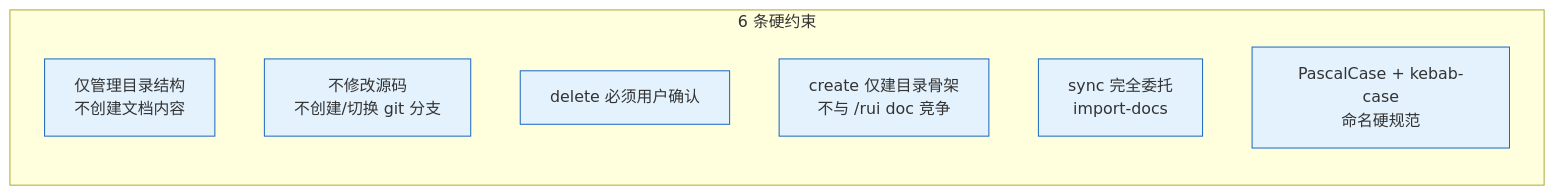
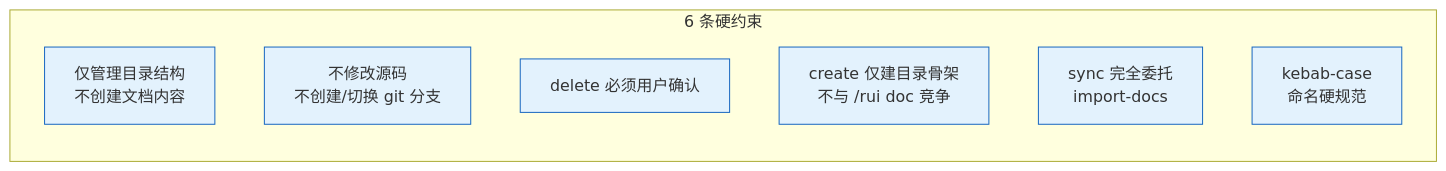
Before and after one commit to effiy/YrY: diagram 11 of 13 in skills/rui-story/SKILL.md, drawn with Mermaid. The commit also changed other lines of this file and 22 other files, not shown here.

````diff
--- a/skills/rui-story/SKILL.md
+++ b/skills/rui-story/SKILL.md
@@ -287,13 +284,13 @@
 ```mermaid
 flowchart LR
     subgraph 规则["6 条硬约束"]
         R1["仅管理目录结构<br/>不创建文档内容"]:::rule
         R2["不修改源码<br/>不创建/切换 git 分支"]:::rule
         R3["delete 必须用户确认"]:::rule
         R4["create 仅建目录骨架<br/>不与 /rui doc 竞争"]:::rule
         R5["sync 完全委托<br/>import-docs"]:::rule
-        R6["PascalCase + kebab-case<br/>命名硬规范"]:::rule
+        R6["kebab-case<br/>命名硬规范"]:::rule
     end
 
     classDef rule fill:#e3f2fd,stroke:#1565c0;
 ```
````
